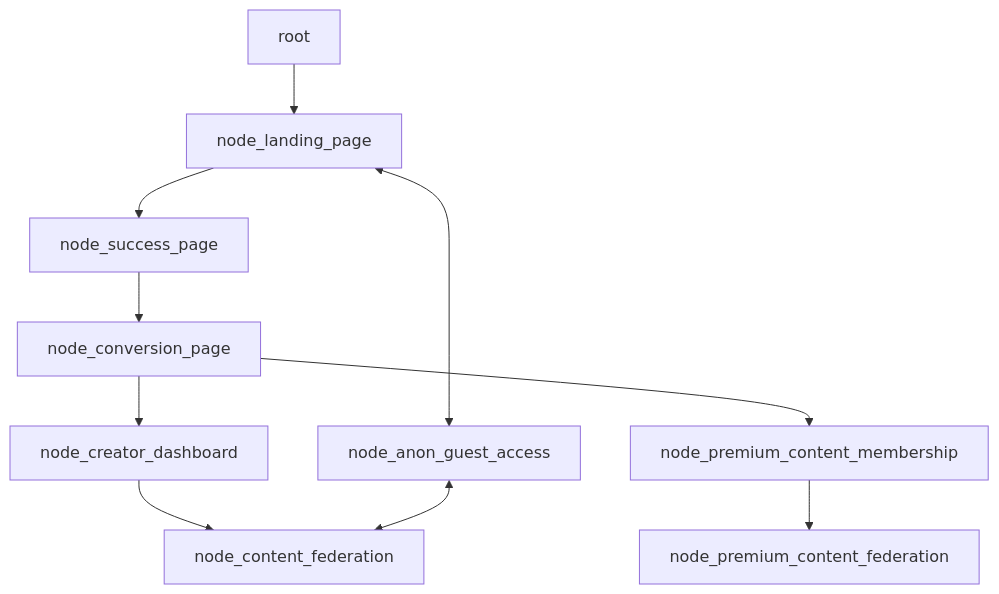
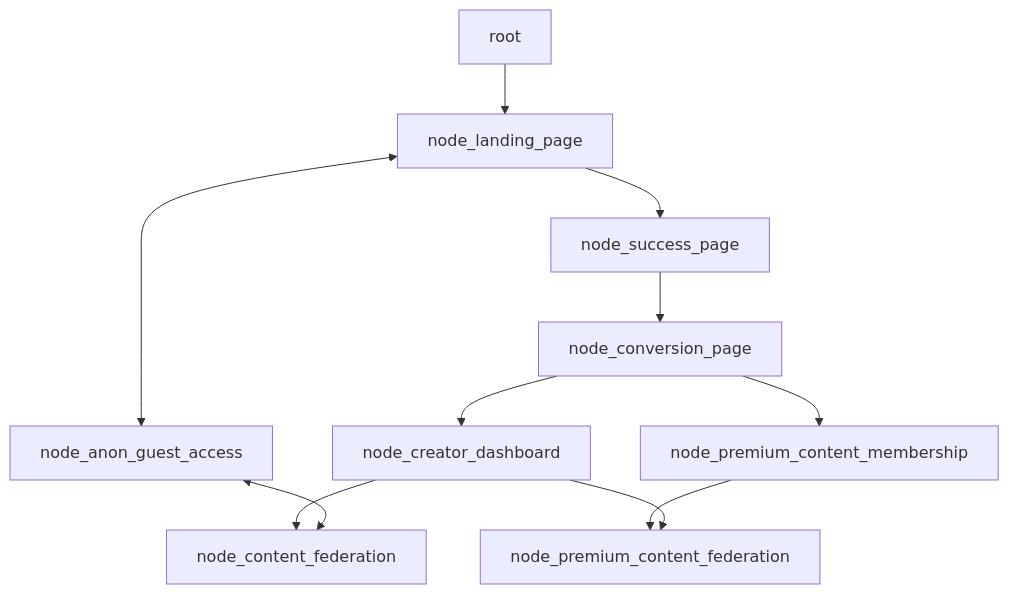
One commit to WrappedUsername/apexmite-jac changed the first of 2 diagrams in README.md. Above: the diagram before and after it, drawn with Mermaid.

````diff
--- a/README.md
+++ b/README.md
@@ -12,12 +12,13 @@
 ```mermaid
 graph TD;
     root-->node_landing_page
     node_landing_page-->node_success_page
     node_landing_page<-->node_anon_guest_access
     node_success_page-->node_conversion_page
     node_conversion_page-->node_creator_dashboard
     node_conversion_page-->node_premium_content_membership
     node_premium_content_membership-->node_premium_content_federation
     node_creator_dashboard-->node_content_federation
+    node_creator_dashboard-->node_premium_content_federation
     node_anon_guest_access<-->node_content_federation
 ```
````
